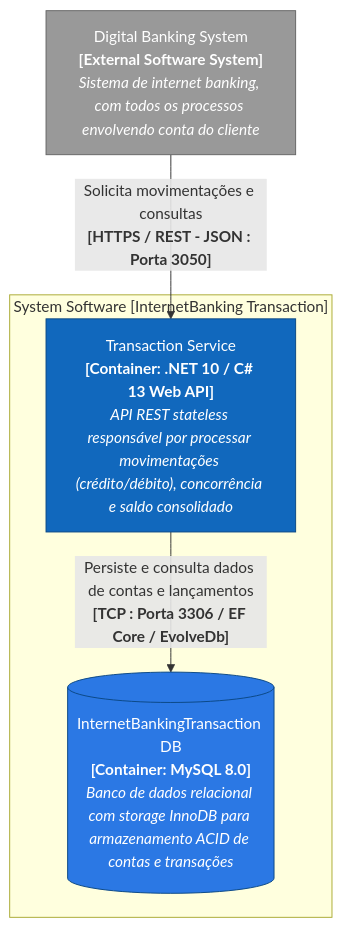
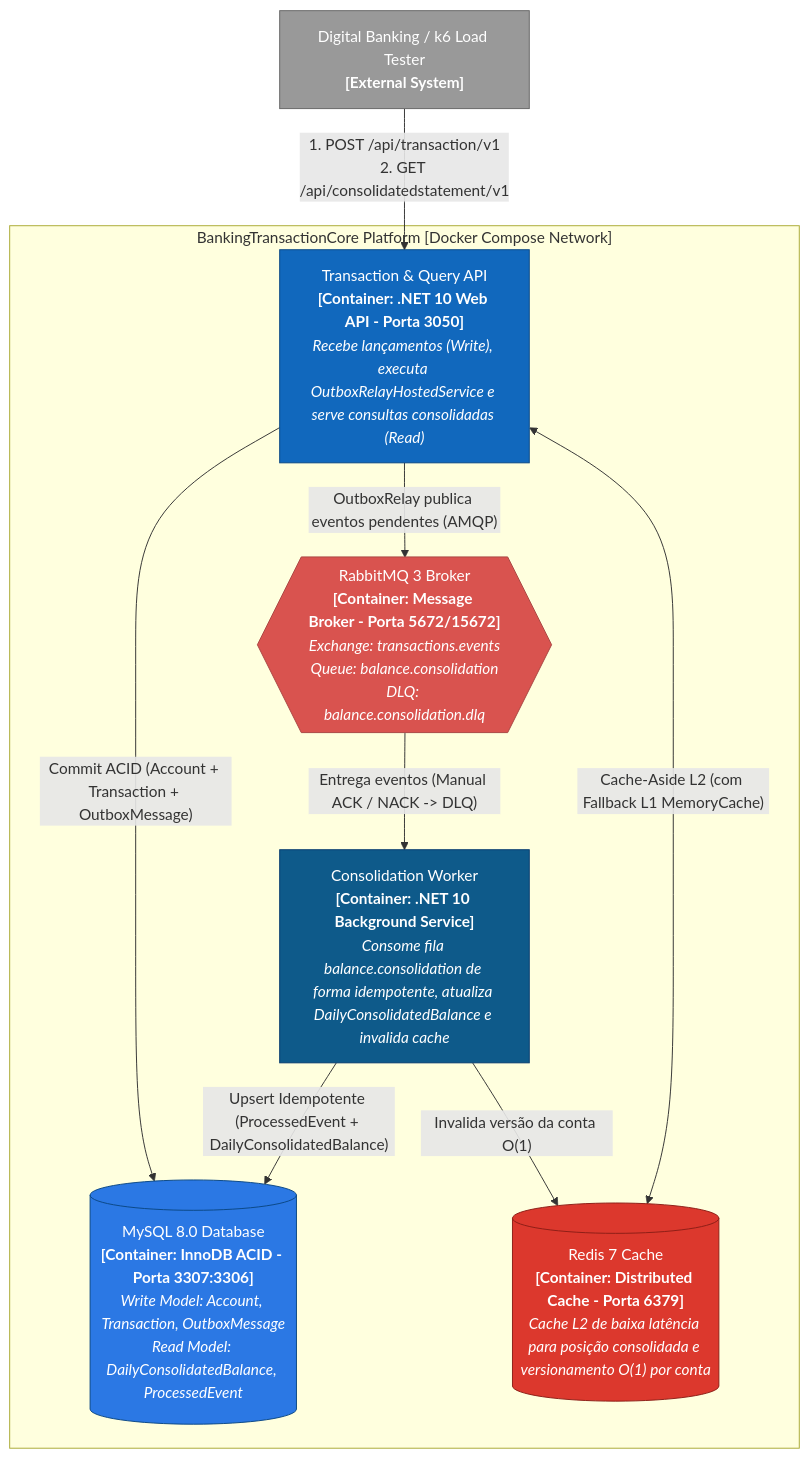
The second of 5 diagrams in README.md (lviana29/ChallengeBankingTransactionCoreApi), drawn with Mermaid before and after one commit. The commit also changed other lines of this file and 74 other files, not shown here.

````diff
--- a/README.md
+++ b/README.md
@@ -62,16 +60,31 @@
 ```mermaid
 flowchart TD
-    DigitalBanking["Digital Banking System<br/><b>[External Software System]</b><br/><i>Sistema de internet banking, com todos os processos envolvendo conta do cliente</i>"]:::extSystem
+    DigitalBanking["Digital Banking / k6 Load Tester<br/><b>[External System]</b>"]:::extSystem
 
-    subgraph BoundaryContainer["System Software [InternetBanking Transaction]"]
-        TransactionService["Transaction Service<br/><b>[Container: .NET 10 / C# 13 Web API]</b><br/><i>API REST stateless responsável por processar movimentações (crédito/débito), concorrência e saldo consolidado</i>"]:::container
-        TransactionDb[("InternetBankingTransaction DB<br/><b>[Container: MySQL 8.0]</b><br/><i>Banco de dados relacional com storage InnoDB para armazenamento ACID de contas e transações</i>")]:::database
+    subgraph BoundaryContainer["BankingTransactionCore Platform [Docker Compose Network]"]
+        TxApi["Transaction & Query API<br/><b>[Container: .NET 10 Web API - Porta 3050]</b><br/><i>Recebe lançamentos (Write), executa OutboxRelayHostedService e serve consultas consolidadas (Read)</i>"]:::container
+
+        Worker["Consolidation Worker<br/><b>[Container: .NET 10 Background Service]</b><br/><i>Consome fila balance.consolidation de forma idempotente, atualiza DailyConsolidatedBalance e invalida cache</i>"]:::worker
+
+        RabbitMQ{{"RabbitMQ 3 Broker<br/><b>[Container: Message Broker - Porta 5672/15672]</b><br/><i>Exchange: transactions.events<br/>Queue: balance.consolidation<br/>DLQ: balance.consolidation.dlq</i>"}}:::broker
+
+        Redis[("Redis 7 Cache<br/><b>[Container: Distributed Cache - Porta 6379]</b><br/><i>Cache L2 de baixa latência para posição consolidada e versionamento O(1) por conta</i>")]:::cache
+
+        MySQL[("MySQL 8.0 Database<br/><b>[Container: InnoDB ACID - Porta 3307:3306]</b><br/><i>Write Model: Account, Transaction, OutboxMessage<br/>Read Model: DailyConsolidatedBalance, ProcessedEvent</i>")]:::database
     end
 
-    DigitalBanking -->|"Solicita movimentações e consultas<br/><b>[HTTPS / REST - JSON : Porta 3050]</b>"| TransactionService
-    TransactionService -->|"Persiste e consulta dados de contas e lançamentos<br/><b>[TCP : Porta 3306 / EF Core / EvolveDb]</b>"| TransactionDb
+    DigitalBanking -->|"1. POST /api/transaction/v1<br/>2. GET /api/consolidatedstatement/v1"| TxApi
+    TxApi -->|"Commit ACID (Account + Transaction + OutboxMessage)"| MySQL
+    TxApi -->|"OutboxRelay publica eventos pendentes (AMQP)"| RabbitMQ
+    RabbitMQ -->|"Entrega eventos (Manual ACK / NACK -> DLQ)"| Worker
+    Worker -->|"Upsert Idempotente (ProcessedEvent + DailyConsolidatedBalance)"| MySQL
+    Worker -->|"Invalida versão da conta O(1)"| Redis
+    TxApi <-->|"Cache-Aside L2 (com Fallback L1 MemoryCache)"| Redis
 
     classDef extSystem fill:#999999,stroke:#666666,color:#fff;
     classDef container fill:#1168BD,stroke:#0B4884,color:#fff;
+    classDef worker fill:#0E5A8A,stroke:#073B6F,color:#fff;
+    classDef broker fill:#D9534F,stroke:#A94442,color:#fff;
+    classDef cache fill:#DC382D,stroke:#8B1E16,color:#fff;
     classDef database fill:#2B78E4,stroke:#0B4884,color:#fff;
 ```
````
